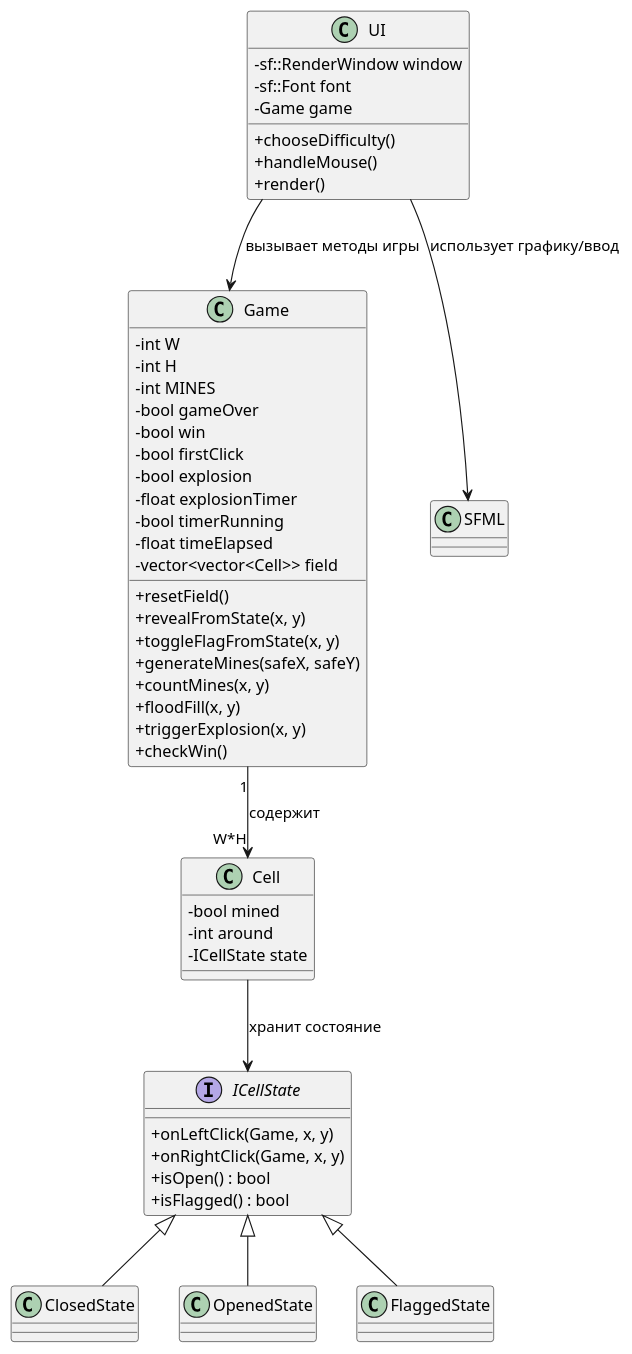
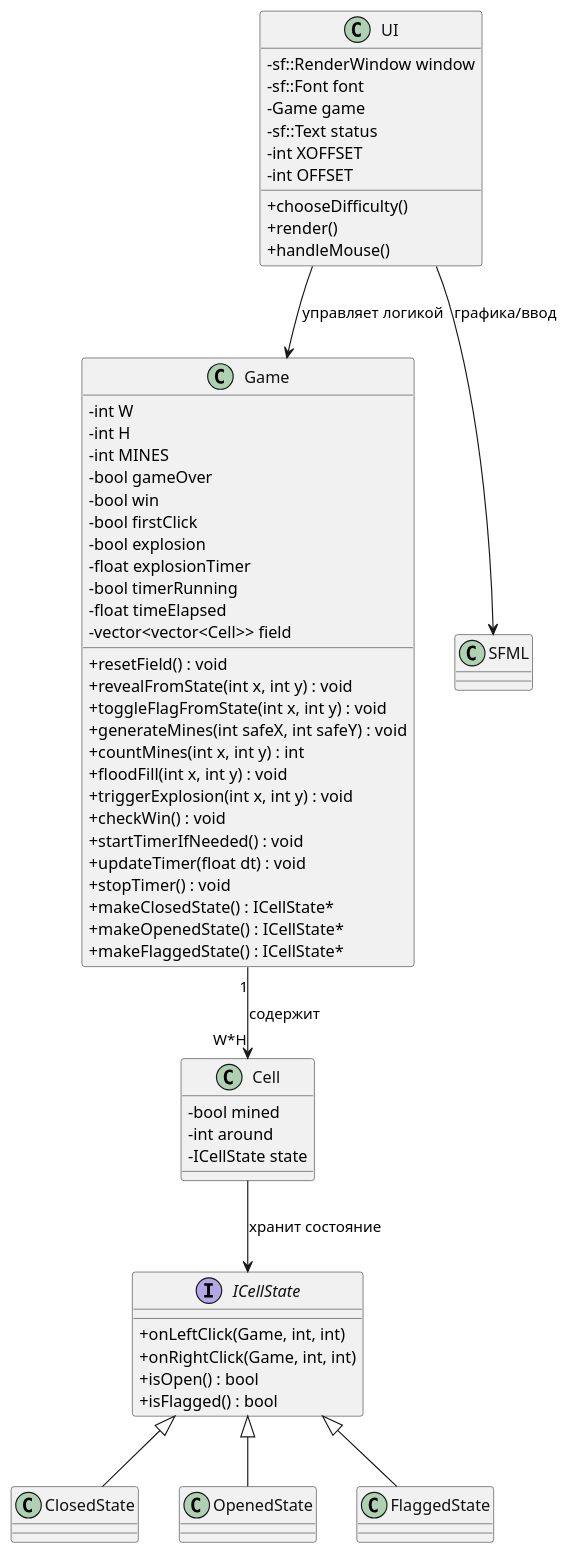
Before and after one commit to M4NUUL/semestre_2_laboratory_5: the diagram in README.md, drawn with PlantUML.

````diff
--- a/README.md
+++ b/README.md
@@ -1,7 +1,13 @@
+```plantuml
 @startuml
 skinparam backgroundColor #ffffff
 skinparam classAttributeIconSize 0
+skinparam classBorderColor #333333
+skinparam classFontColor #111111
 
+'===========================
+' КЛАСС GAME
+'===========================
 class Game {
   -int W
   -int H
@@ -15,16 +21,25 @@
   -float timeElapsed
   -vector<vector<Cell>> field
 
-  +resetField()
-  +revealFromState(x, y)
-  +toggleFlagFromState(x, y)
-  +generateMines(safeX, safeY)
-  +countMines(x, y)
-  +floodFill(x, y)
-  +triggerExplosion(x, y)
-  +checkWin()
+  +resetField() : void
+  +revealFromState(int x, int y) : void
+  +toggleFlagFromState(int x, int y) : void
+  +generateMines(int safeX, int safeY) : void
+  +countMines(int x, int y) : int
+  +floodFill(int x, int y) : void
+  +triggerExplosion(int x, int y) : void
+  +checkWin() : void
+  +startTimerIfNeeded() : void
+  +updateTimer(float dt) : void
+  +stopTimer() : void
+  +makeClosedState() : ICellState*
+  +makeOpenedState() : ICellState*
+  +makeFlaggedState() : ICellState*
 }
 
+'===========================
+' КЛАСС CELL
+'===========================
 class Cell {
   -bool mined
   -int around
@@ -33,9 +48,12 @@
 
 Game "1" --> "W*H" Cell : содержит
 
+'===========================
+' ПАТТЕРН STATE
+'===========================
 interface ICellState {
-  +onLeftClick(Game, x, y)
-  +onRightClick(Game, x, y)
+  +onLeftClick(Game, int, int)
+  +onRightClick(Game, int, int)
   +isOpen() : bool
   +isFlagged() : bool
 }
@@ -50,17 +68,24 @@
 
 Cell --> ICellState : хранит состояние
 
+'===========================
+' UI / SFML
+'===========================
 class UI {
   -sf::RenderWindow window
   -sf::Font font
   -Game game
+  -sf::Text status
+  -int XOFFSET
+  -int OFFSET
 
   +chooseDifficulty()
+  +render()
   +handleMouse()
-  +render()
 }
 
-UI --> Game : вызывает методы игры
-UI --> "SFML" : использует графику/ввод
+UI --> Game : управляет логикой
+UI --> "SFML" : графика/ввод
 
 @enduml
+```
````
